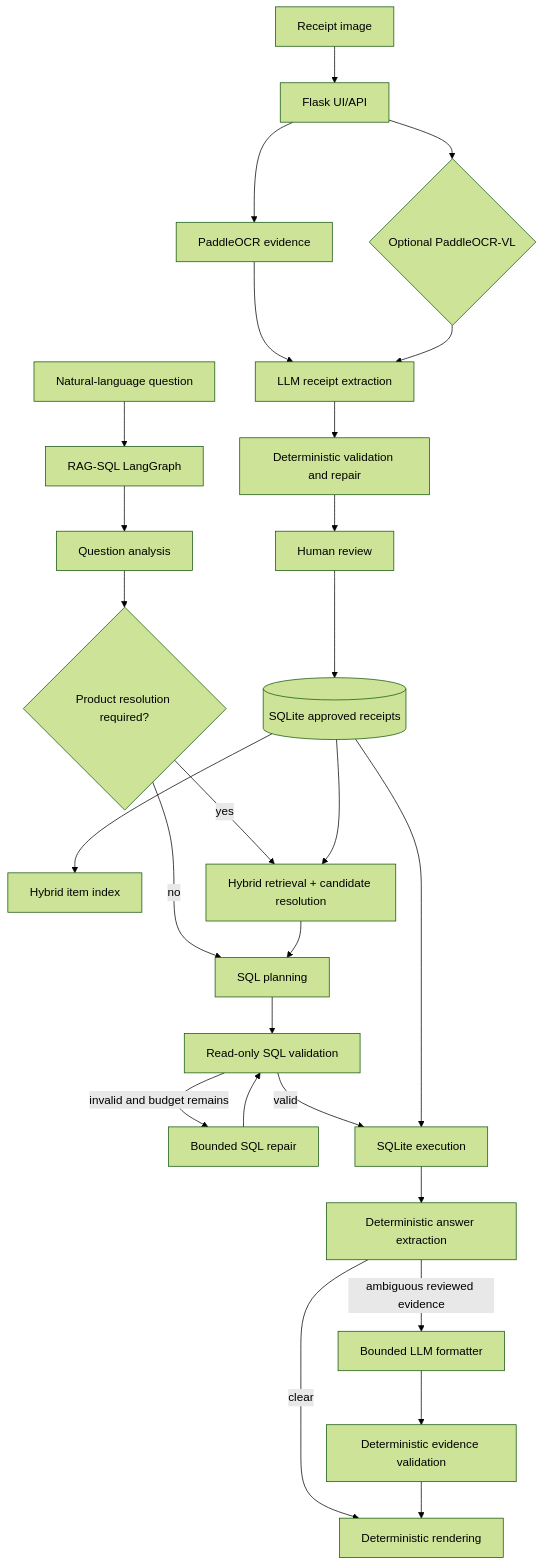
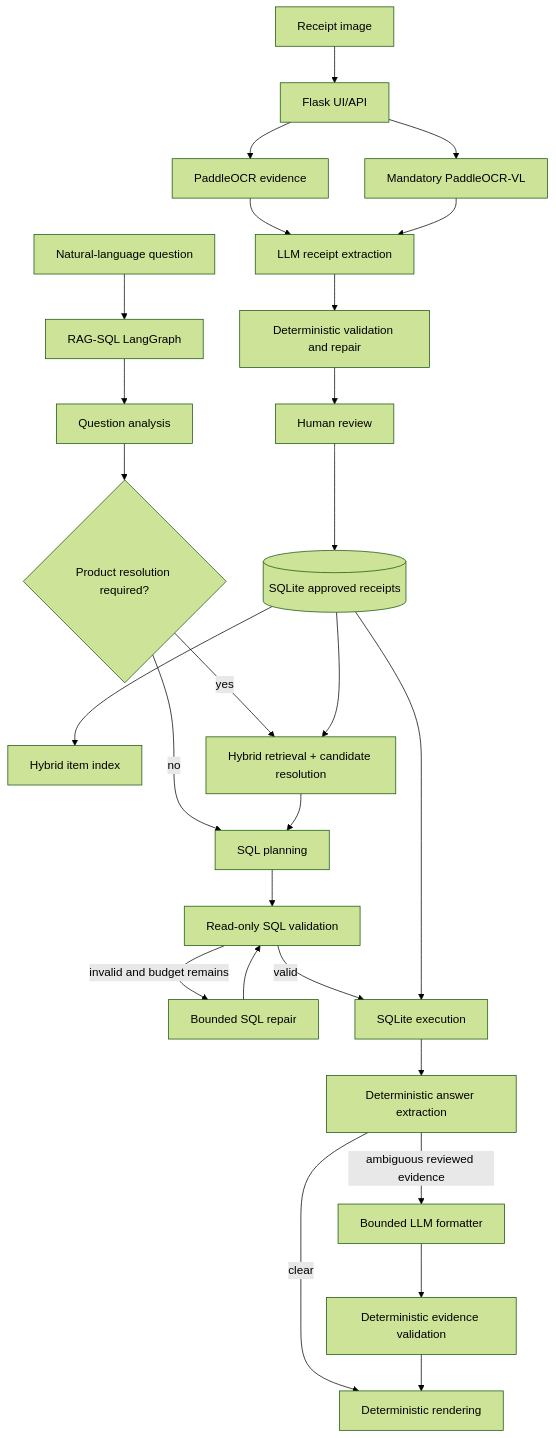
Before and after one commit to ftolou/document-intelligence: the diagram in docs/ARCHITECTURE.md, drawn with Mermaid (forest theme). The commit also changed other lines of this file and 55 other files, not shown here.

````diff
--- a/docs/ARCHITECTURE.md
+++ b/docs/ARCHITECTURE.md
@@ -6,30 +6,30 @@
 ```mermaid
 flowchart TD
     A[Receipt image] --> B[Flask UI/API]
     B --> C[PaddleOCR evidence]
-    B --> D{Optional PaddleOCR-VL}
+    B --> D[Mandatory PaddleOCR-VL]
     C --> E[LLM receipt extraction]
     D --> E
     E --> F[Deterministic validation and repair]
     F --> G[Human review]
     G --> H[(SQLite approved receipts)]
     H --> I[Hybrid item index]
 
     Q[Natural-language question] --> J[RAG-SQL LangGraph]
     J --> K[Question analysis]
     K --> L{Product resolution required?}
     L -->|yes| M[Hybrid retrieval + candidate resolution]
     L -->|no| N[SQL planning]
     M --> N
     N --> O[Read-only SQL validation]
     O -->|invalid and budget remains| P[Bounded SQL repair]
     P --> O
     O -->|valid| R[SQLite execution]
     R --> S[Deterministic answer extraction]
     S -->|clear| T[Deterministic rendering]
     S -->|ambiguous reviewed evidence| U[Bounded LLM formatter]
     U --> V[Deterministic evidence validation]
     V --> T
     H --> M
     H --> R
 ```
````
